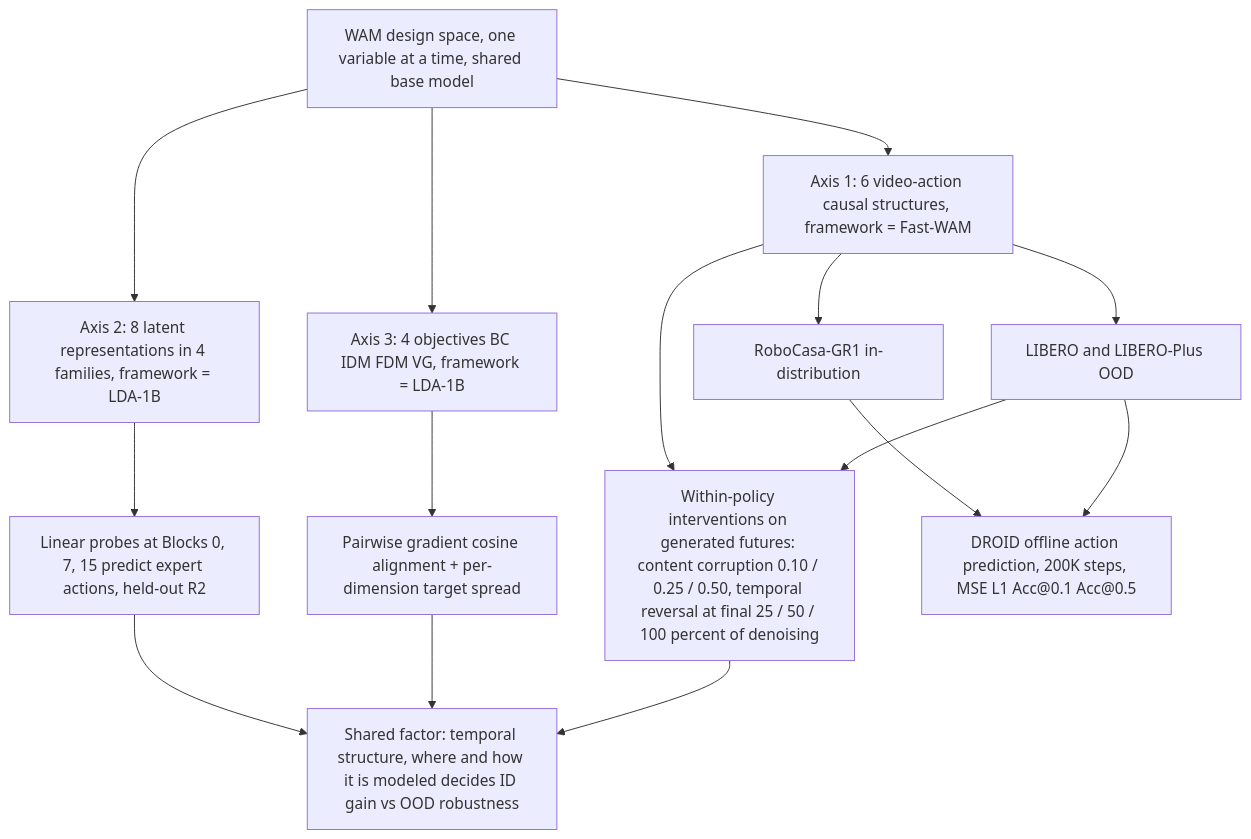
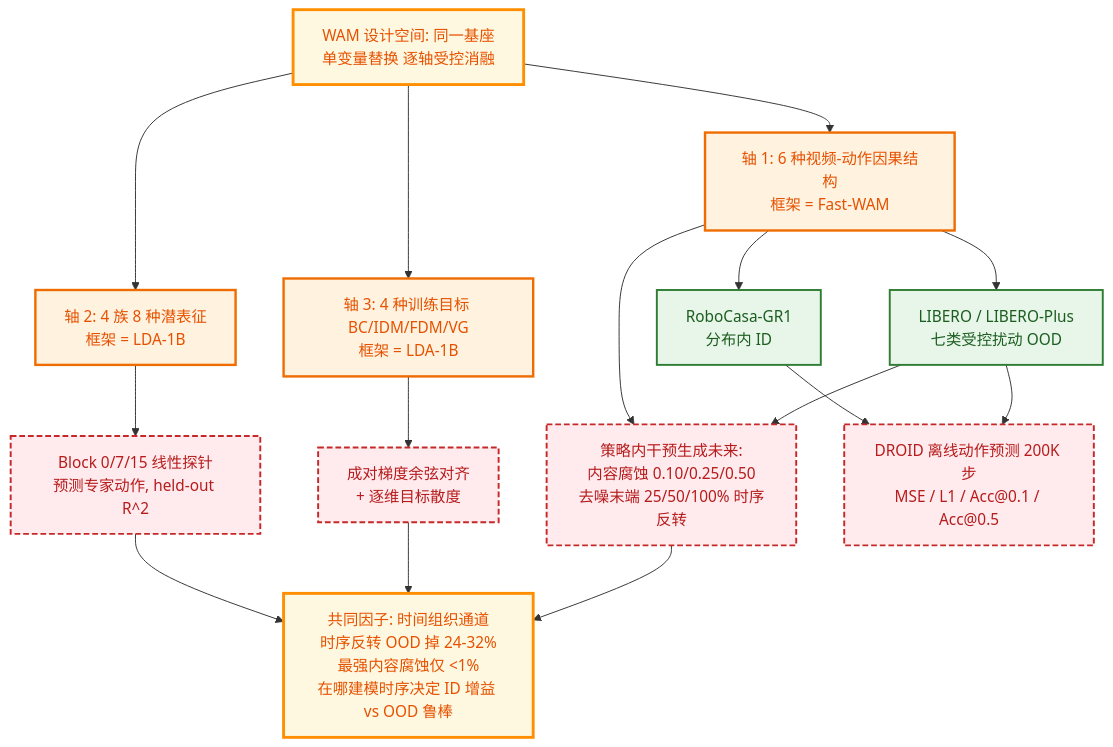
The diagram in notes/world-model/what-matters-wam.md (luohu-arch/physical_intelligence_study), drawn with Mermaid before and after one commit. The commit also changed 153 other files, not shown here.

````diff
--- a/notes/world-model/what-matters-wam.md
+++ b/notes/world-model/what-matters-wam.md
@@ -52,17 +52,40 @@
 ```mermaid
-graph TD
-    Q["WAM design space, one variable at a time, shared base model"] --> AXIS1["Axis 1: 6 video-action causal structures, framework = Fast-WAM"]
-    Q --> AXIS2["Axis 2: 8 latent representations in 4 families, framework = LDA-1B"]
-    Q --> AXIS3["Axis 3: 4 objectives BC IDM FDM VG, framework = LDA-1B"]
-    AXIS1 --> ID1["RoboCasa-GR1 in-distribution"]
-    AXIS1 --> OOD1["LIBERO and LIBERO-Plus OOD"]
-    AXIS2 --> PROBE["Linear probes at Blocks 0, 7, 15 predict expert actions, held-out R2"]
-    AXIS3 --> GRAD["Pairwise gradient cosine alignment + per-dimension target spread"]
-    AXIS1 --> INTERV["Within-policy interventions on generated futures: content corruption 0.10 / 0.25 / 0.50, temporal reversal at final 25 / 50 / 100 percent of denoising"]
+%%{init: {
+  'theme':'base',
+  'themeVariables':{
+    'primaryColor':'#fafbfd','primaryBorderColor':'#4a5d7d','primaryTextColor':'#1f2937',
+    'fontFamily':'"PingFang SC","Hiragino Sans GB","Microsoft YaHei",sans-serif',
+    'fontSize':'14px','clusterBkg':'#fbfcfe','clusterBorder':'#b9c6d8','edgeLabelBackground':'#ffffff'
+  },
+  'flowchart':{'curve':'basis','nodeSpacing':26,'rankSpacing':42,'padding':10}
+}}%%
+flowchart TD
+    Q["WAM 设计空间: 同一基座<br/>单变量替换 逐轴受控消融"] --> AXIS1["轴 1: 6 种视频-动作因果结构<br/>框架 = Fast-WAM"]
+    Q --> AXIS2["轴 2: 4 族 8 种潜表征<br/>框架 = LDA-1B"]
+    Q --> AXIS3["轴 3: 4 种训练目标 BC/IDM/FDM/VG<br/>框架 = LDA-1B"]
+    AXIS1 --> ID1["RoboCasa-GR1<br/>分布内 ID"]
+    AXIS1 --> OOD1["LIBERO / LIBERO-Plus<br/>七类受控扰动 OOD"]
+    AXIS2 --> PROBE["Block 0/7/15 线性探针<br/>预测专家动作, held-out R^2"]
+    AXIS3 --> GRAD["成对梯度余弦对齐<br/>+ 逐维目标散度"]
+    AXIS1 --> INTERV["策略内干预生成未来:<br/>内容腐蚀 0.10/0.25/0.50<br/>去噪末端 25/50/100% 时序反转"]
     OOD1 --> INTERV
-    ID1 --> DROID["DROID offline action prediction, 200K steps, MSE L1 Acc@0.1 Acc@0.5"]
+    ID1 --> DROID["DROID 离线动作预测 200K 步<br/>MSE / L1 / Acc@0.1 / Acc@0.5"]
     OOD1 --> DROID
-    PROBE --> FIND["Shared factor: temporal structure, where and how it is modeled decides ID gain vs OOD robustness"]
+    PROBE --> FIND["共同因子: 时间组织通道<br/>时序反转 OOD 掉 24-32%<br/>最强内容腐蚀仅 <1%<br/>在哪建模时序决定 ID 增益 vs OOD 鲁棒"]
     GRAD --> FIND
     INTERV --> FIND
+
+    class Q,FIND key
+    class AXIS1,AXIS2,AXIS3 train
+    class ID1,OOD1 data
+    class PROBE,GRAD,DROID,INTERV loss
+    classDef data fill:#e8f5e9,stroke:#2e7d32,stroke-width:2px,color:#1b5e20
+    classDef frozen fill:#e3f2fd,stroke:#1565c0,stroke-width:2px,color:#0d47a1
+    classDef train fill:#fff3e0,stroke:#ef6c00,stroke-width:2.5px,color:#e65100
+    classDef loss fill:#ffebee,stroke:#c62828,stroke-width:2px,color:#b71c1c,stroke-dasharray:6 3
+    classDef act fill:#f3e5f5,stroke:#6a1b9a,stroke-width:2.5px,color:#4a148c
+    classDef key fill:#fff8e1,stroke:#ff8f00,stroke-width:3px,color:#e65100
+    classDef loop fill:#eceff1,stroke:#546e7a,stroke-width:1.5px,color:#37474f,stroke-dasharray:4 3
+    classDef env fill:#e0f2f1,stroke:#00695c,stroke-width:2px,color:#004d40
+    classDef mem fill:#fffde7,stroke:#f9a825,stroke-width:2px,color:#f57f17
 ```
````
